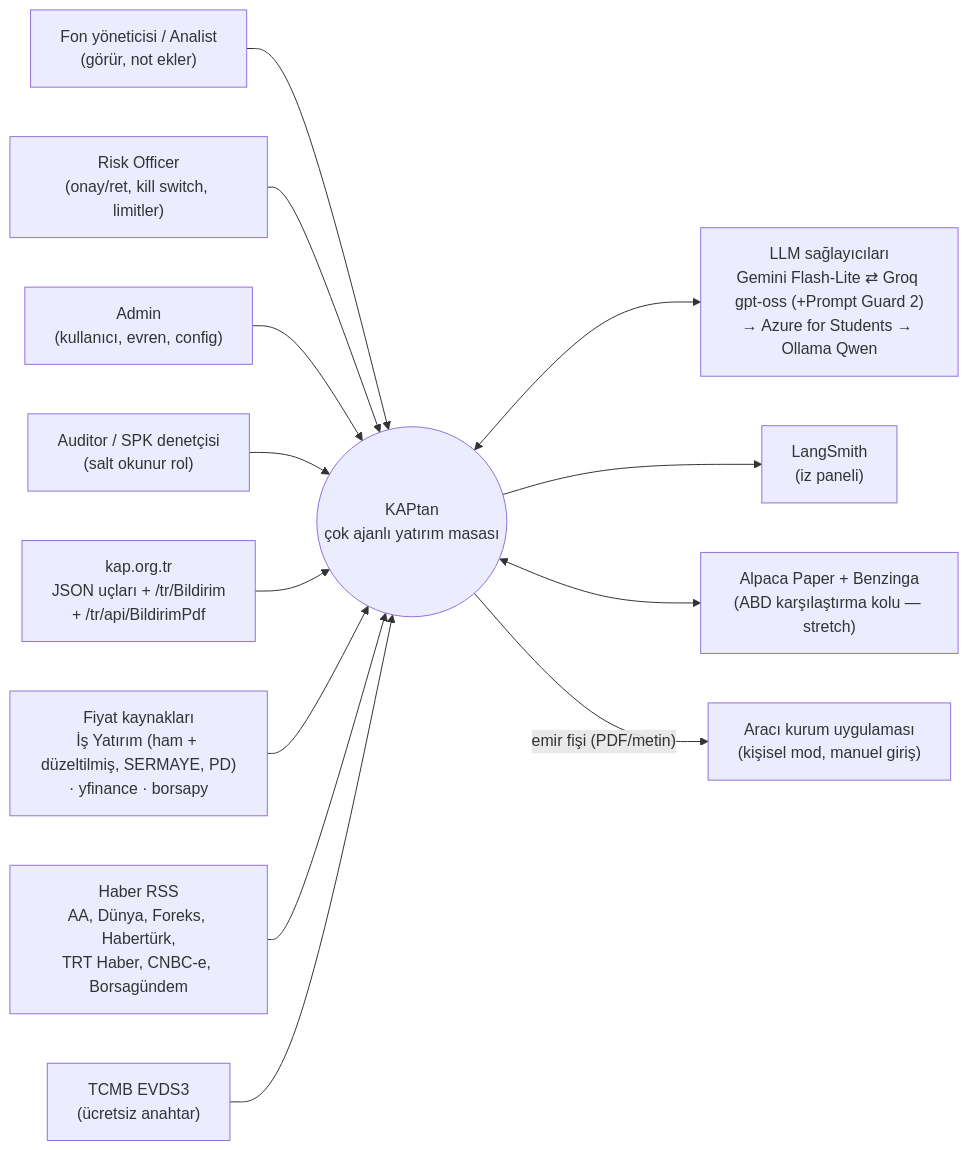
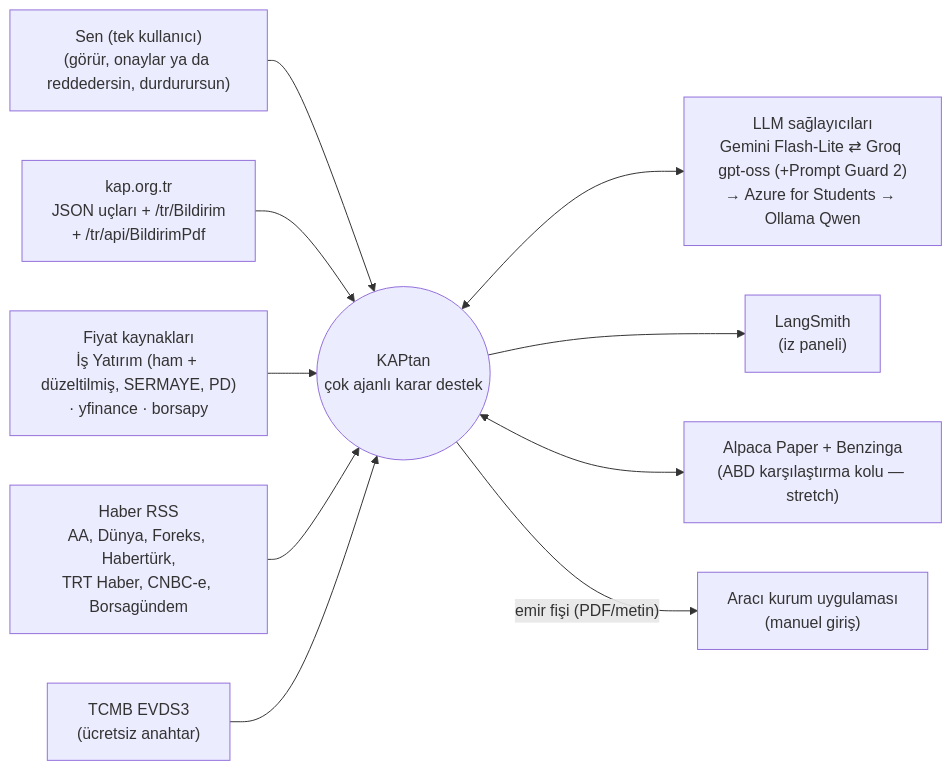
Before and after one commit to cozalss/kaptan-seng429: the first of 6 diagrams in docs/proje/04-mimari.md, drawn with Mermaid. The commit also changed other lines of this file and 891 other files, not shown here.

````diff
--- a/docs/proje/04-mimari.md
+++ b/docs/proje/04-mimari.md
@@ -65,31 +67,25 @@
 ```mermaid
 flowchart LR
-    FM["Fon yöneticisi / Analist<br/>(görür, not ekler)"]
-    RO["Risk Officer<br/>(onay/ret, kill switch, limitler)"]
-    AD["Admin<br/>(kullanıcı, evren, config)"]
-    AUD["Auditor / SPK denetçisi<br/>(salt okunur rol)"]
+    U["Sen (tek kullanıcı)<br/>(görür, onaylar ya da reddedersin, durdurursun)"]
 
-    K(("KAPtan<br/>çok ajanlı yatırım masası"))
+    K(("KAPtan<br/>çok ajanlı karar destek"))
 
     KAP["kap.org.tr<br/>JSON uçları + /tr/Bildirim<br/>+ /tr/api/BildirimPdf"]
     PX["Fiyat kaynakları<br/>İş Yatırım (ham + düzeltilmiş, SERMAYE, PD)<br/>· yfinance · borsapy"]
     RSS["Haber RSS<br/>AA, Dünya, Foreks, Habertürk,<br/>TRT Haber, CNBC-e, Borsagündem"]
     EVDS["TCMB EVDS3<br/>(ücretsiz anahtar)"]
     LLM["LLM sağlayıcıları<br/>Gemini Flash-Lite ⇄ Groq gpt-oss (+Prompt Guard 2)<br/>→ Azure for Students → Ollama Qwen"]
     LS["LangSmith<br/>(iz paneli)"]
     ALP["Alpaca Paper + Benzinga<br/>(ABD karşılaştırma kolu — stretch)"]
-    BRK["Aracı kurum uygulaması<br/>(kişisel mod, manuel giriş)"]
+    BRK["Aracı kurum uygulaması<br/>(manuel giriş)"]
 
-    FM --> K
-    RO --> K
-    AD --> K
-    AUD --> K
+    U --> K
     KAP --> K
     PX --> K
     RSS --> K
     EVDS --> K
     K <--> LLM
     K --> LS
     K <--> ALP
     K -- "emir fişi (PDF/metin)" --> BRK
 ```
````
